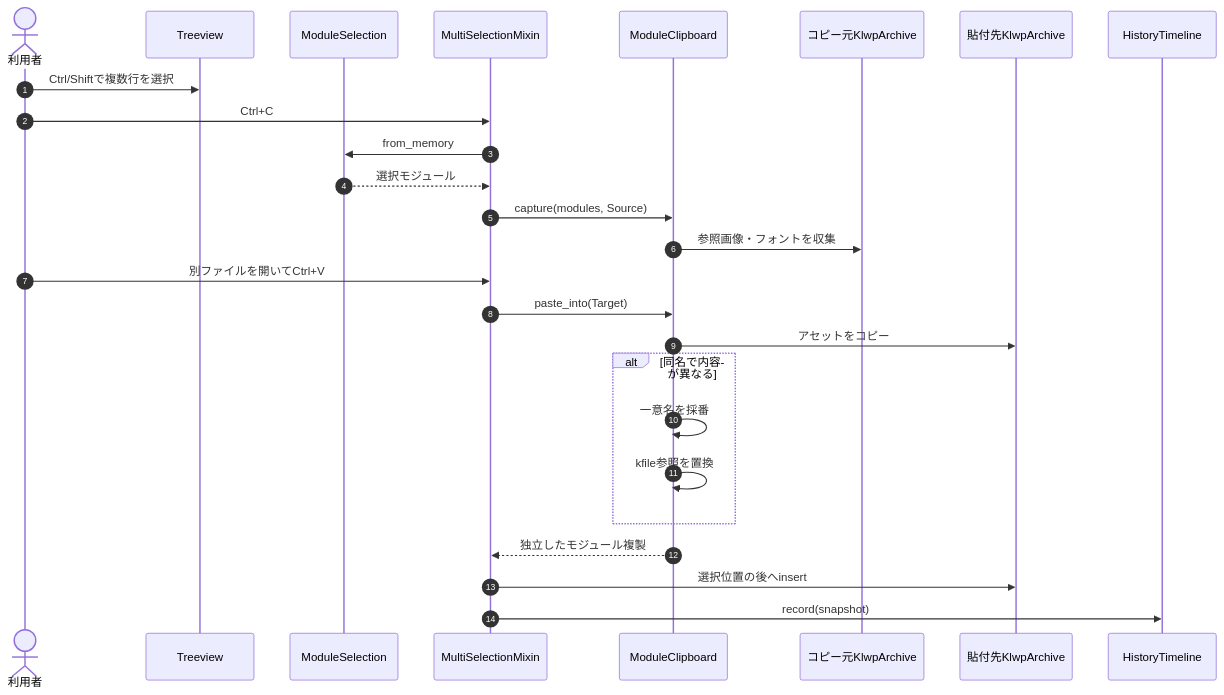
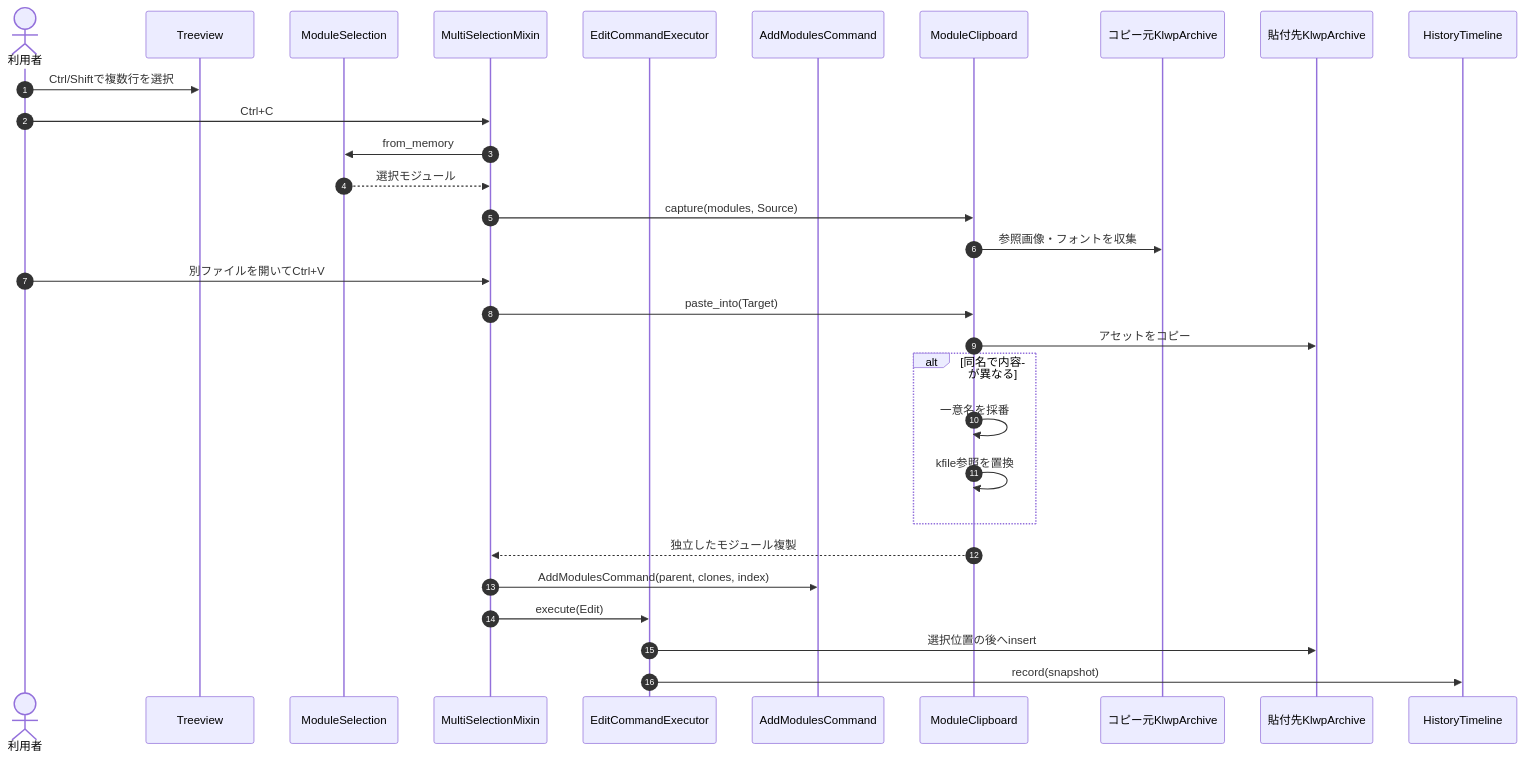
Before and after one commit to k014c1287/klwp_pc_editor: diagram 20 of 25 in doc/KLWPエディタ_設計仕様.md, drawn with Mermaid. The commit also changed other lines of this file and 60 other files, not shown here.

````diff
--- a/doc/KLWPエディタ_設計仕様.md
+++ b/doc/KLWPエディタ_設計仕様.md
@@ -1351,29 +1379,33 @@
 ```mermaid
 sequenceDiagram
     autonumber
     actor User as 利用者
     participant Tree as Treeview
     participant Selection as ModuleSelection
     participant Commands as MultiSelectionMixin
+    participant Executor as EditCommandExecutor
+    participant Edit as AddModulesCommand
     participant Clipboard as ModuleClipboard
     participant Source as コピー元KlwpArchive
     participant Target as 貼付先KlwpArchive
     participant History as HistoryTimeline
 
     User->>Tree: Ctrl/Shiftで複数行を選択
     User->>Commands: Ctrl+C
     Commands->>Selection: from_memory
     Selection-->>Commands: 選択モジュール
     Commands->>Clipboard: capture(modules, Source)
     Clipboard->>Source: 参照画像・フォントを収集
     User->>Commands: 別ファイルを開いてCtrl+V
     Commands->>Clipboard: paste_into(Target)
     Clipboard->>Target: アセットをコピー
     alt 同名で内容が異なる
         Clipboard->>Clipboard: 一意名を採番
         Clipboard->>Clipboard: kfile参照を置換
     end
     Clipboard-->>Commands: 独立したモジュール複製
-    Commands->>Target: 選択位置の後へinsert
-    Commands->>History: record(snapshot)
+    Commands->>Edit: AddModulesCommand(parent, clones, index)
+    Commands->>Executor: execute(Edit)
+    Executor->>Target: 選択位置の後へinsert
+    Executor->>History: record(snapshot)
 ```
````
